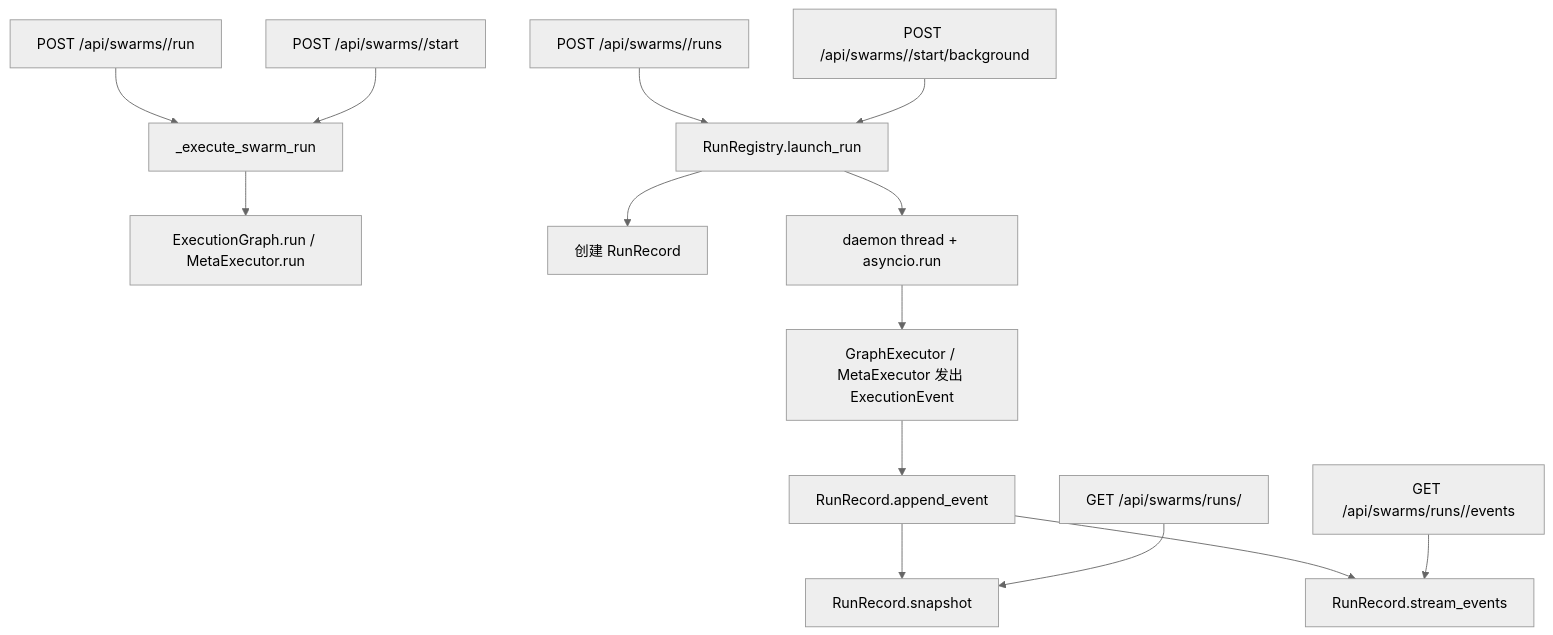
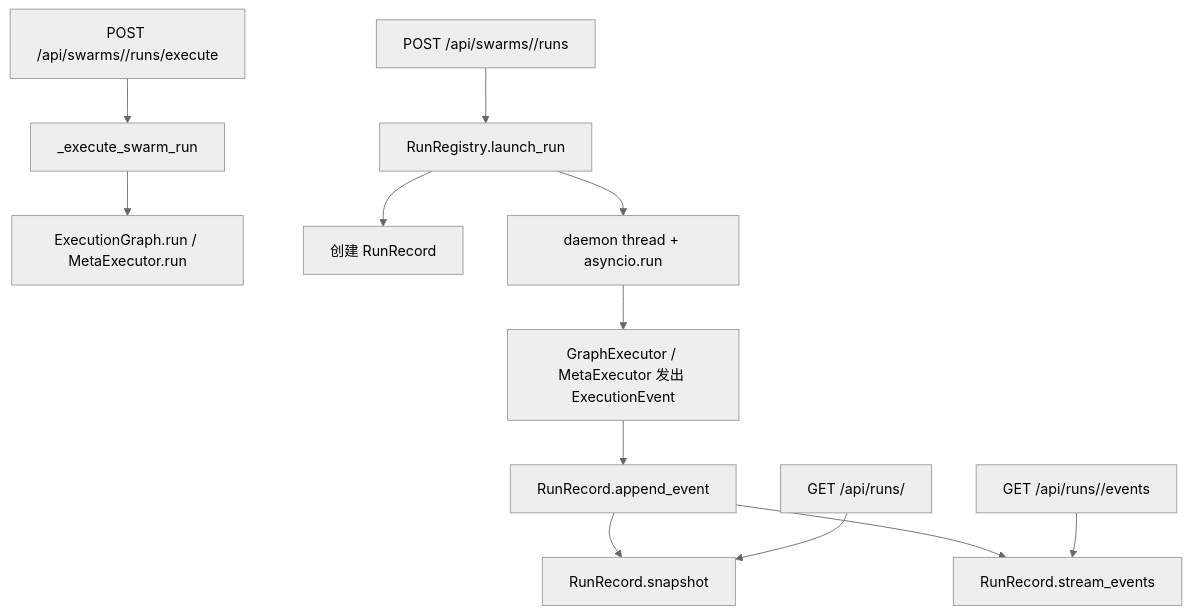
Before and after one commit to LunaticLegacy/luna-agent-base: the diagram in docs/backend/runs.md, drawn with Mermaid (neutral theme). The commit also changed other lines of this file and 18 other files, not shown here.

````diff
--- a/docs/backend/runs.md
+++ b/docs/backend/runs.md
@@ -7,18 +7,16 @@
 ```mermaid
 flowchart TD
-    A[POST /api/swarms/<swarm>/run] --> B[_execute_swarm_run]
-    A2[POST /api/swarms/<swarm>/start] --> B
+    A[POST /api/swarms/<swarm>/runs/execute] --> B[_execute_swarm_run]
     C[POST /api/swarms/<swarm>/runs] --> D[RunRegistry.launch_run]
-    C2[POST /api/swarms/<swarm>/start/background] --> D
 
     B --> E[ExecutionGraph.run / MetaExecutor.run]
     D --> F[创建 RunRecord]
     D --> G[daemon thread + asyncio.run]
     G --> H[GraphExecutor / MetaExecutor 发出 ExecutionEvent]
     H --> I[RunRecord.append_event]
     I --> J[RunRecord.snapshot]
     I --> K[RunRecord.stream_events]
 
-    L[GET /api/swarms/runs/<run_id>] --> J
-    M[GET /api/swarms/runs/<run_id>/events] --> K
+    L[GET /api/runs/<run_id>] --> J
+    M[GET /api/runs/<run_id>/events] --> K
 ```
````
